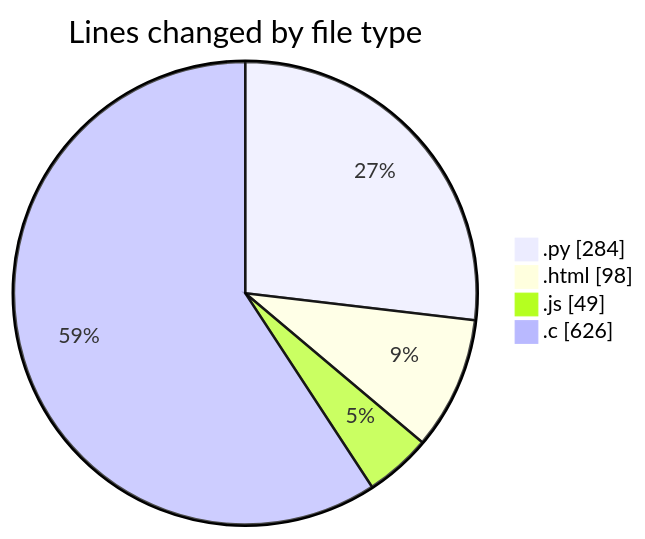
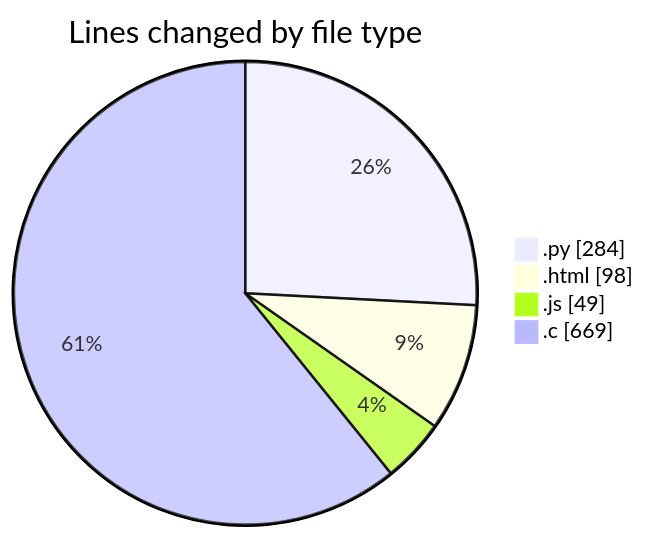
Before and after one commit to Ritupan-Deka/code-tracking: the first of 2 diagrams in 2025-01-21/projects/README.md, drawn with Mermaid. The commit also changed other lines of this file and 1 other file, not shown here.

````diff
--- a/2025-01-21/projects/README.md
+++ b/2025-01-21/projects/README.md
@@ -31,8 +31,8 @@
 ```mermaid
 pie showData
 title Lines changed by file type
 ".py" : 284
 ".html" : 98
 ".js" : 49
-".c" : 626
+".c" : 669
 ```
````
